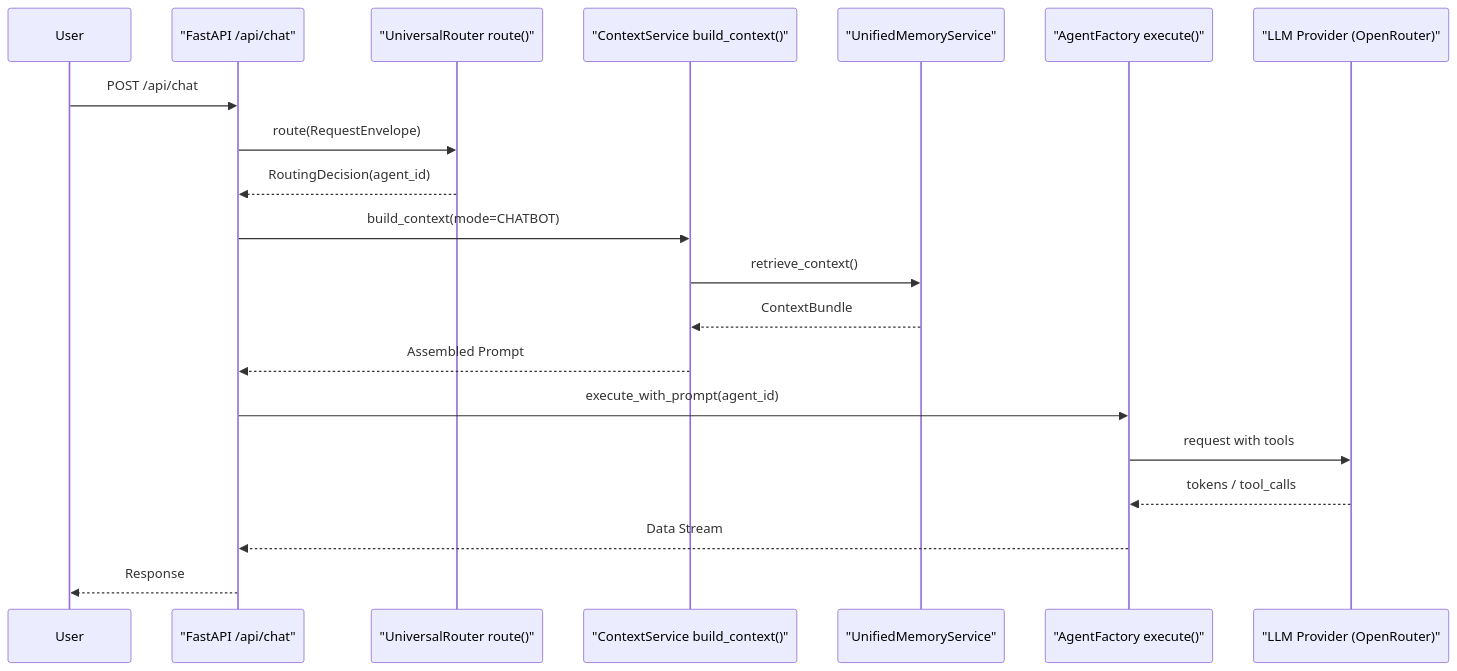
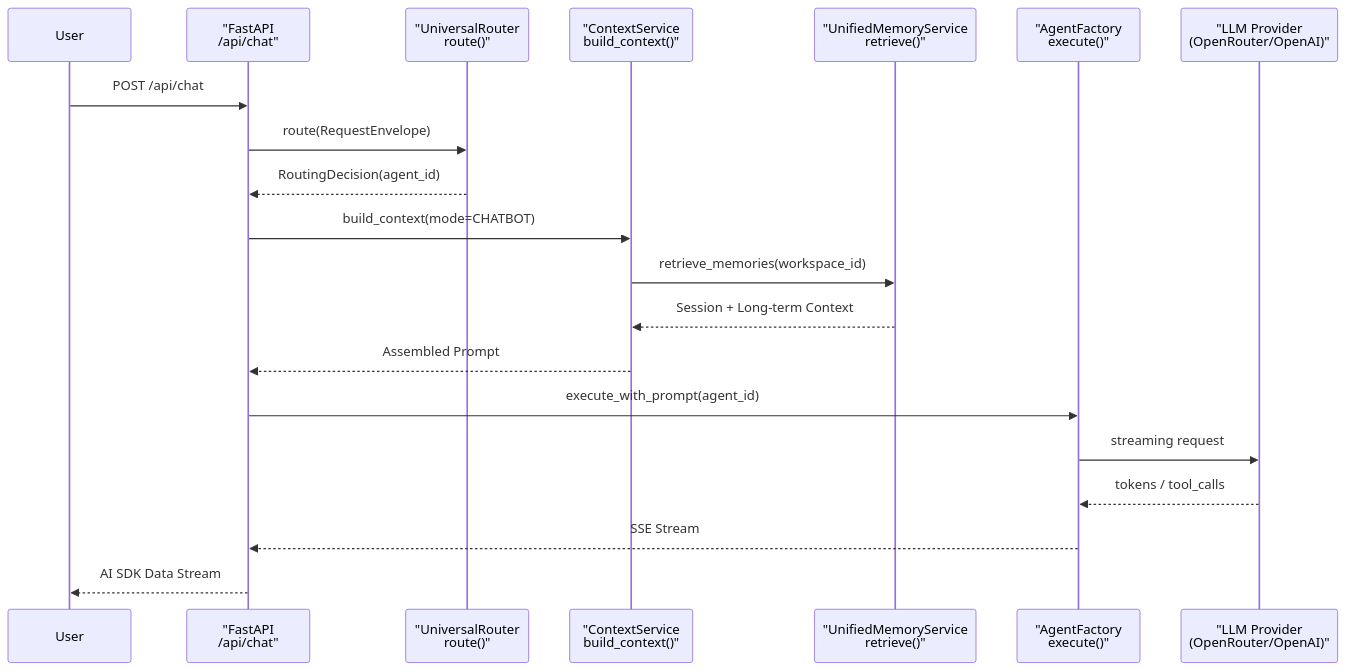
Before and after one commit to AutomatosAI/automatos-ai: the second of 2 diagrams in docs/overview/_index.md, drawn with Mermaid. The commit also changed other lines of this file and 191 other files, not shown here.

````diff
--- a/docs/overview/_index.md
+++ b/docs/overview/_index.md
@@ -142,26 +147,26 @@
 ```mermaid
 sequenceDiagram
     participant User
-    participant API as "FastAPI /api/chat"
-    participant Router as "UniversalRouter route()"
-    participant Context as "ContextService build_context()"
-    participant Memory as "UnifiedMemoryService"
-    participant Factory as "AgentFactory execute()"
-    participant LLM as "LLM Provider (OpenRouter)"
+    participant API as "FastAPI<br/>/api/chat"
+    participant Router as "UniversalRouter<br/>route()"
+    participant Context as "ContextService<br/>build_context()"
+    participant UMS as "UnifiedMemoryService<br/>retrieve()"
+    participant Factory as "AgentFactory<br/>execute()"
+    participant LLM as "LLM Provider<br/>(OpenRouter/OpenAI)"
     
     User->>API: POST /api/chat
     
     API->>Router: route(RequestEnvelope)
     Router-->>API: RoutingDecision(agent_id)
     
     API->>Context: build_context(mode=CHATBOT)
-    Context->>Memory: retrieve_context()
-    Memory-->>Context: ContextBundle
+    Context->>UMS: retrieve_memories(workspace_id)
+    UMS-->>Context: Session + Long-term Context
     Context-->>API: Assembled Prompt
     
     API->>Factory: execute_with_prompt(agent_id)
-    Factory->>LLM: request with tools
+    Factory->>LLM: streaming request
     LLM-->>Factory: tokens / tool_calls
-    Factory-->>API: Data Stream
-    API-->>User: Response
+    Factory-->>API: SSE Stream
+    API-->>User: AI SDK Data Stream
 ```
````
